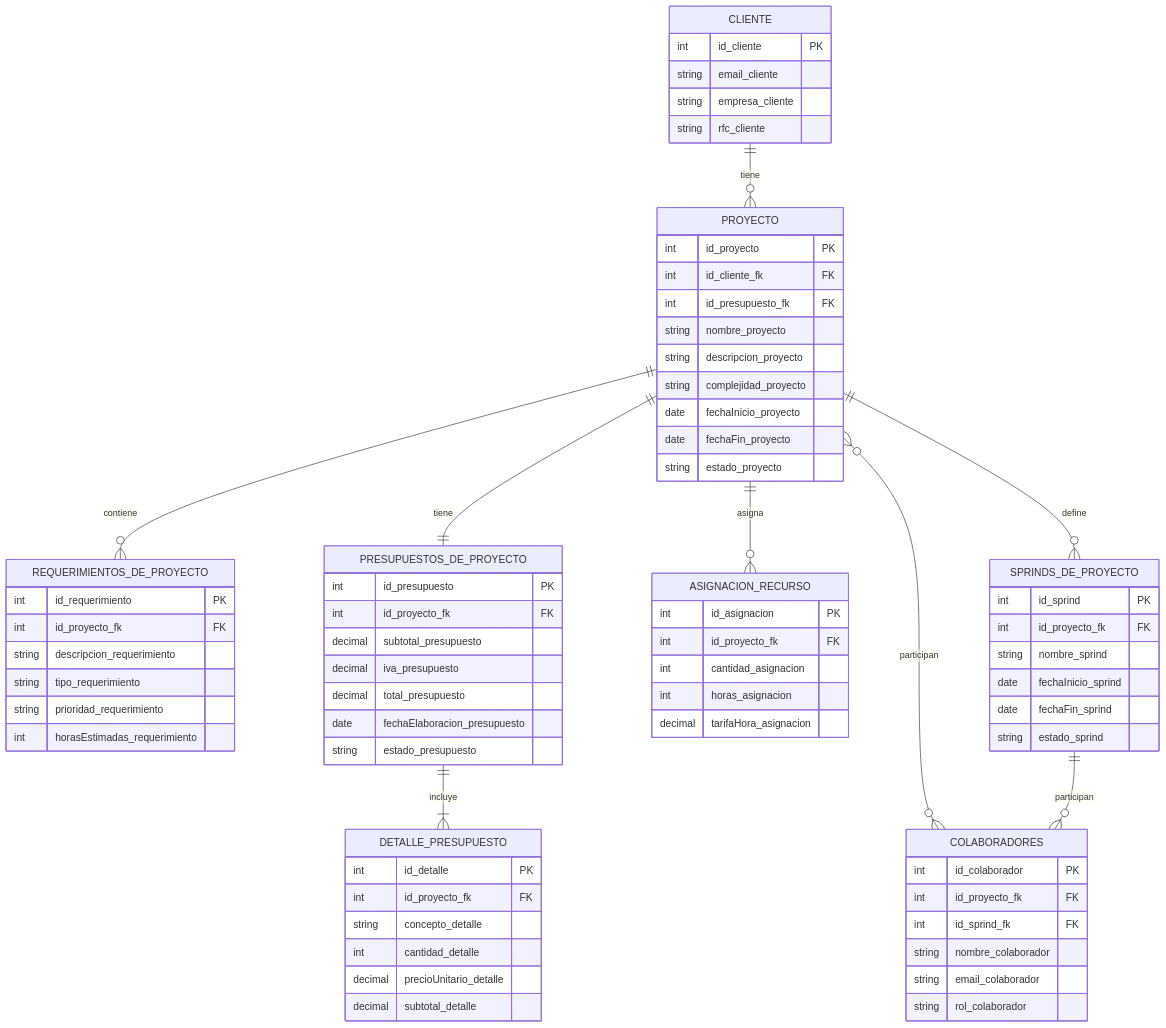
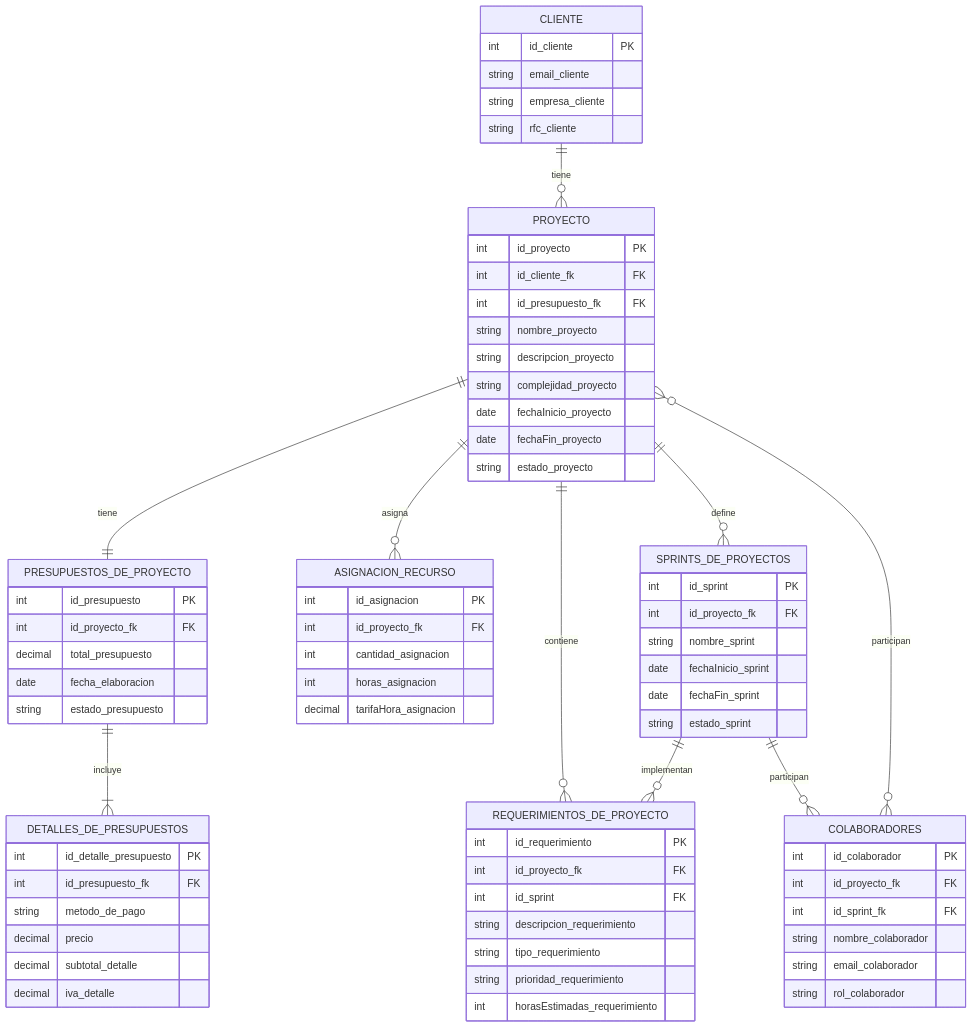
One commit to Pollix27/NGINX-Start_project changed the diagram in src/main/resources/Diagramas/Diagrama ER.mermaid. Above: the diagram before and after it, drawn with Mermaid.

Commit message:
se actualizo el diagrama Entidad relacion

```diff
--- a/src/main/resources/Diagramas/Diagrama ER.mermaid
+++ b/src/main/resources/Diagramas/Diagrama ER.mermaid
@@ -1,83 +1,85 @@
 erDiagram
     CLIENTE ||--o{ PROYECTO : "tiene"
+    PROYECTO ||--|| PRESUPUESTOS_DE_PROYECTO : "tiene"
+    PRESUPUESTOS_DE_PROYECTO ||--|{     DETALLES_DE_PRESUPUESTOS : "incluye"
+    PROYECTO ||--o{ ASIGNACION_RECURSO : "asigna"
+    PROYECTO ||--o{ SPRINTS_DE_PROYECTOS  : "define"
     PROYECTO ||--o{ REQUERIMIENTOS_DE_PROYECTO : "contiene"
-    PROYECTO ||--|| PRESUPUESTOS_DE_PROYECTO : "tiene"
-    PRESUPUESTOS_DE_PROYECTO ||--|{ DETALLE_PRESUPUESTO : "incluye"
-    PROYECTO ||--o{ ASIGNACION_RECURSO : "asigna"
-    PROYECTO ||--o{ SPRINDS_DE_PROYECTO  : "define"
+    SPRINTS_DE_PROYECTOS ||--o{REQUERIMIENTOS_DE_PROYECTO : "implementan"
+    SPRINTS_DE_PROYECTOS ||--o{COLABORADORES : "participan"
     PROYECTO }o--o{ COLABORADORES : "participan"
-    SPRINDS_DE_PROYECTO ||--o{COLABORADORES : "participan"
+
+
 
 
     CLIENTE {
         int id_cliente PK
         string email_cliente
         string empresa_cliente
         string rfc_cliente
     }
 
     PROYECTO {
         int id_proyecto PK
         int id_cliente_fk FK
         int id_presupuesto_fk FK
         string nombre_proyecto
         string descripcion_proyecto
         string complejidad_proyecto
         date fechaInicio_proyecto
         date fechaFin_proyecto
         string estado_proyecto
     }
 
     REQUERIMIENTOS_DE_PROYECTO {
         int id_requerimiento PK
         int id_proyecto_fk FK
+        int id_sprint FK
         string descripcion_requerimiento
         string tipo_requerimiento
         string prioridad_requerimiento
         int horasEstimadas_requerimiento
     }
 
     PRESUPUESTOS_DE_PROYECTO {
         int id_presupuesto PK
         int id_proyecto_fk FK
-        decimal subtotal_presupuesto
-        decimal iva_presupuesto
         decimal total_presupuesto
-        date fechaElaboracion_presupuesto
+        date fecha_elaboracion
         string estado_presupuesto
     }
 
-    DETALLE_PRESUPUESTO {
-        int id_detalle PK
-        int id_proyecto_fk FK
-        string concepto_detalle
-        int cantidad_detalle
-        decimal precioUnitario_detalle
+    DETALLES_DE_PRESUPUESTOS {
+        int id_detalle_presupuesto PK
+        int id_presupuesto_fk FK
+        string metodo_de_pago
+        decimal precio
         decimal subtotal_detalle
+        decimal iva_detalle
     }
 
     ASIGNACION_RECURSO {
         int id_asignacion PK
         int id_proyecto_fk FK
         int cantidad_asignacion
         int horas_asignacion
         decimal tarifaHora_asignacion
     }
 
-    SPRINDS_DE_PROYECTO {
-        int id_sprind PK
+    SPRINTS_DE_PROYECTOS {
+        int id_sprint PK
         int id_proyecto_fk FK
-        string nombre_sprind
-        date fechaInicio_sprind
-        date fechaFin_sprind
-        string estado_sprind
+        string nombre_sprint
+        date fechaInicio_sprint
+        date fechaFin_sprint
+        string estado_sprint
     }
 
     COLABORADORES {
         int id_colaborador PK
         int id_proyecto_fk FK
-        int id_sprind_fk FK
+        int id_sprint_fk FK
         string nombre_colaborador
         string email_colaborador
         string rol_colaborador
     }
```
